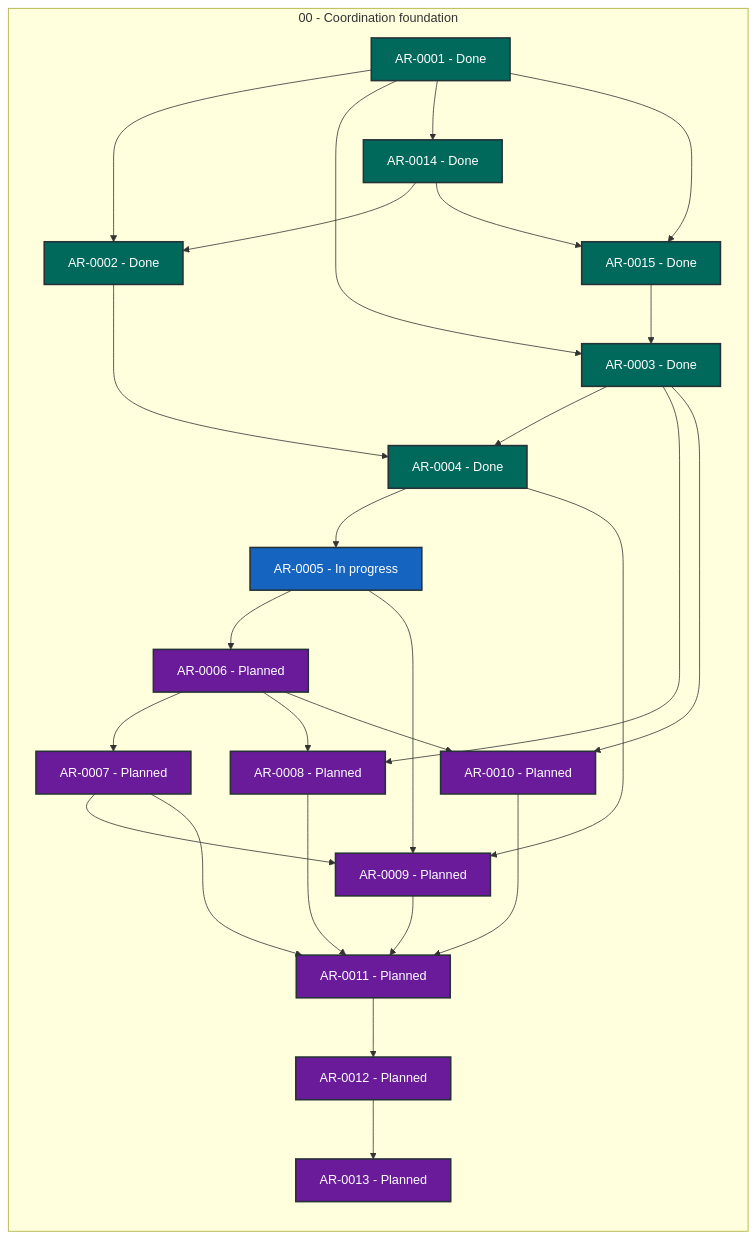
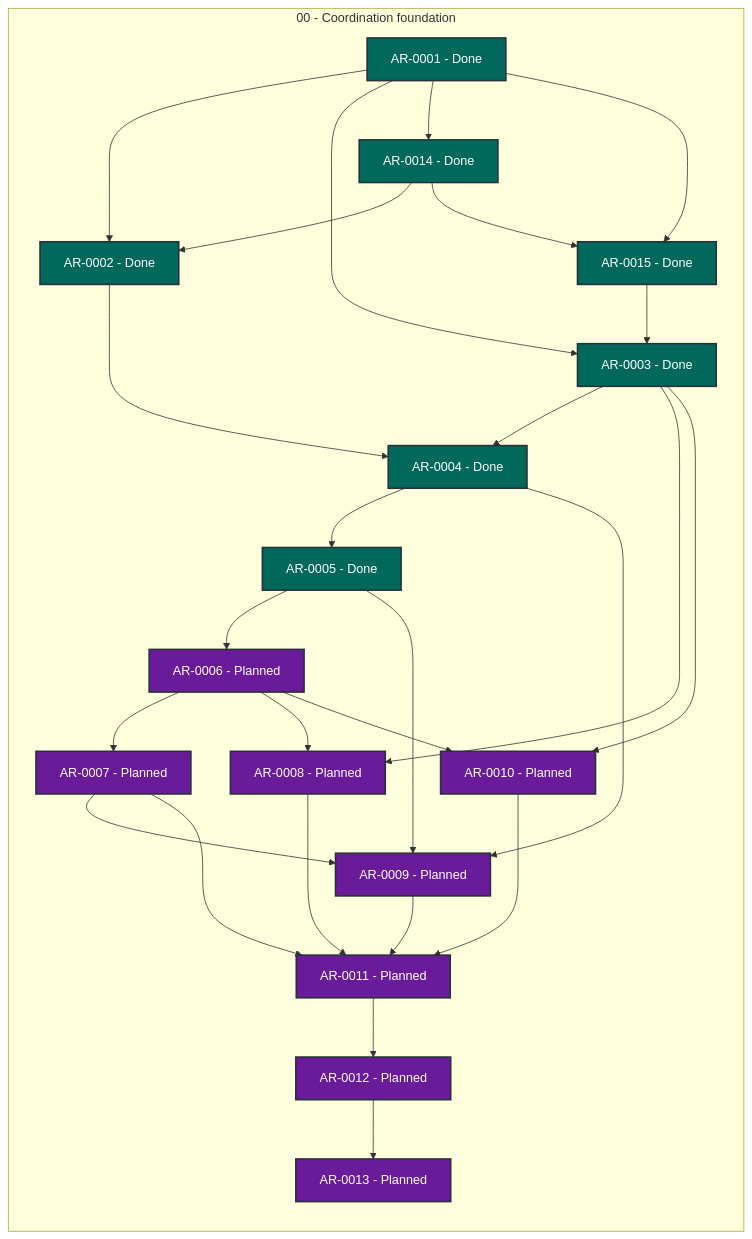
One commit to martin-beck/agent-workflow-tui-state changed the diagram in STATUS.md. Above: the diagram before and after it, drawn with Mermaid. The commit also changed other lines of this file and 2 other files, not shown here.

````diff
--- a/STATUS.md
+++ b/STATUS.md
@@ -27,54 +27,54 @@
 ```mermaid
 flowchart LR
     subgraph series_00["00 - Coordination foundation"]
         direction TB
         AR_0001["AR-0001 - Done"]:::status_done
         AR_0002["AR-0002 - Done"]:::status_done
         AR_0003["AR-0003 - Done"]:::status_done
         AR_0004["AR-0004 - Done"]:::status_done
-        AR_0005["AR-0005 - In progress"]:::status_in_progress
+        AR_0005["AR-0005 - Done"]:::status_done
         AR_0006["AR-0006 - Planned"]:::status_planned
         AR_0007["AR-0007 - Planned"]:::status_planned
         AR_0008["AR-0008 - Planned"]:::status_planned
         AR_0009["AR-0009 - Planned"]:::status_planned
         AR_0010["AR-0010 - Planned"]:::status_planned
         AR_0011["AR-0011 - Planned"]:::status_planned
         AR_0012["AR-0012 - Planned"]:::status_planned
         AR_0013["AR-0013 - Planned"]:::status_planned
         AR_0014["AR-0014 - Done"]:::status_done
         AR_0015["AR-0015 - Done"]:::status_done
     end
     AR_0001 --> AR_0002
     AR_0001 --> AR_0003
     AR_0001 --> AR_0014
     AR_0001 --> AR_0015
     AR_0002 --> AR_0004
     AR_0003 --> AR_0004
     AR_0003 --> AR_0008
     AR_0003 --> AR_0010
     AR_0004 --> AR_0005
     AR_0004 --> AR_0009
     AR_0005 --> AR_0006
     AR_0005 --> AR_0009
     AR_0006 --> AR_0007
     AR_0006 --> AR_0008
     AR_0006 --> AR_0010
     AR_0007 --> AR_0009
     AR_0007 --> AR_0011
     AR_0008 --> AR_0011
     AR_0009 --> AR_0011
     AR_0010 --> AR_0011
     AR_0011 --> AR_0012
     AR_0012 --> AR_0013
     AR_0014 --> AR_0002
     AR_0014 --> AR_0015
     AR_0015 --> AR_0003
     classDef status_in_progress fill:#1565c0,color:#ffffff,stroke:#263238,stroke-width:2px
     classDef status_open fill:#2e7d32,color:#ffffff,stroke:#263238,stroke-width:2px
     classDef status_blocked fill:#c62828,color:#ffffff,stroke:#263238,stroke-width:2px
     classDef status_planned fill:#6a1b9a,color:#ffffff,stroke:#263238,stroke-width:2px
     classDef status_future fill:#455a64,color:#ffffff,stroke:#263238,stroke-width:2px
     classDef status_done fill:#00695c,color:#ffffff,stroke:#263238,stroke-width:2px
     classDef status_cancelled fill:#616161,color:#ffffff,stroke:#263238,stroke-width:2px
     classDef status_superseded fill:#5d4037,color:#ffffff,stroke:#263238,stroke-width:2px
 ```
````
